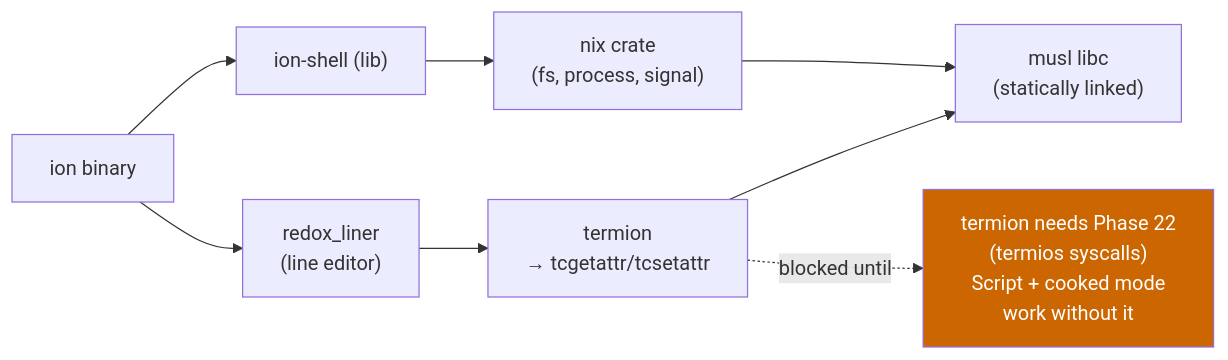
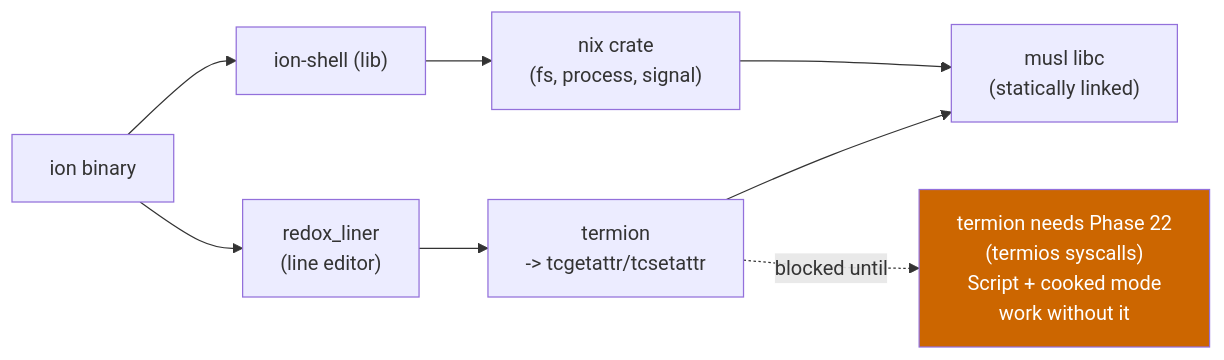
One commit to mikecubed/m3OS changed the second of 2 diagrams in docs/roadmap/21-ion-shell.md. Above: the diagram before and after it, drawn with Mermaid. The commit also changed other lines of this file and 59 other files, not shown here.

First line of the commit message:
docs: standardize roadmap task docs for phases 30-34 (#64)

````diff
--- a/docs/roadmap/21-ion-shell.md
+++ b/docs/roadmap/21-ion-shell.md
@@ -79,22 +95,22 @@
 ```mermaid
 flowchart LR
     ion["ion binary"]
     core["ion-shell (lib)"]
     liner["redox_liner\n(line editor)"]
-    termion["termion\n→ tcgetattr/tcsetattr"]
+    termion["termion\n-> tcgetattr/tcsetattr"]
     nix["nix crate\n(fs, process, signal)"]
     musl["musl libc\n(statically linked)"]
 
     ion --> core
     ion --> liner
     core --> nix
     liner --> termion
     nix --> musl
     termion --> musl
 
     p22note["termion needs Phase 22\n(termios syscalls)\nScript + cooked mode\nwork without it"]
 
     termion -.->|"blocked until"| p22note
 
     style p22note fill:#c60,color:#fff
 ```
````
